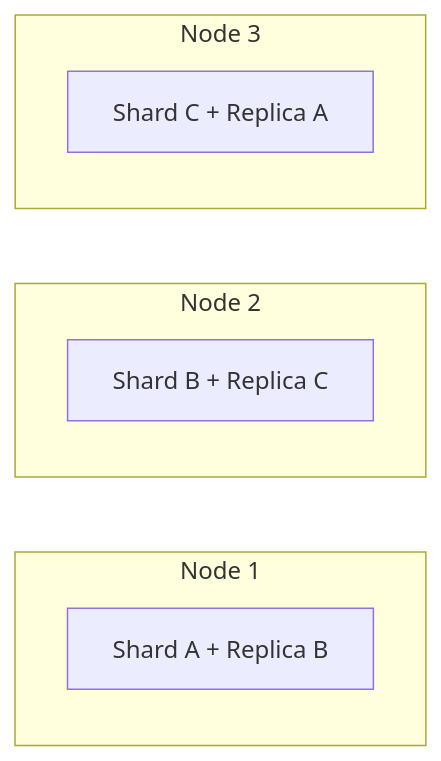
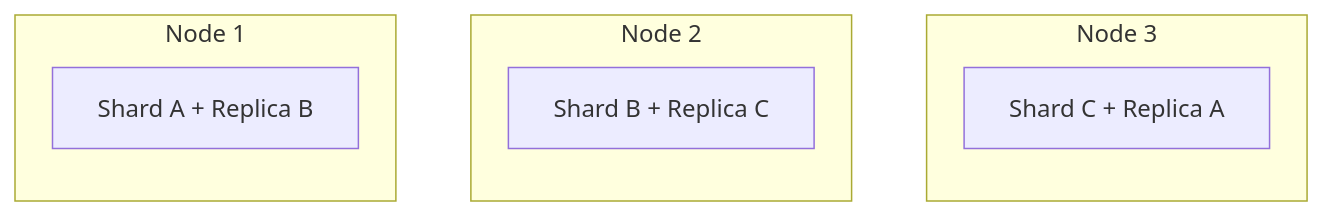
The first of 2 diagrams in slides/07-sharding.md (gorkembalcisoy/book-notes), drawn with Mermaid before and after one commit. The commit also changed other lines of this file and 20 other files, not shown here.

````diff
--- a/slides/07-sharding.md
+++ b/slides/07-sharding.md
@@ -46,12 +47,13 @@
 ```mermaid
 flowchart LR
     subgraph Node 1
         S1[Shard A + Replica B]
     end
     subgraph Node 2
         S2[Shard B + Replica C]
     end
     subgraph Node 3
         S3[Shard C + Replica A]
     end
+    S1 ~~~ S2 ~~~ S3
 ```
````
